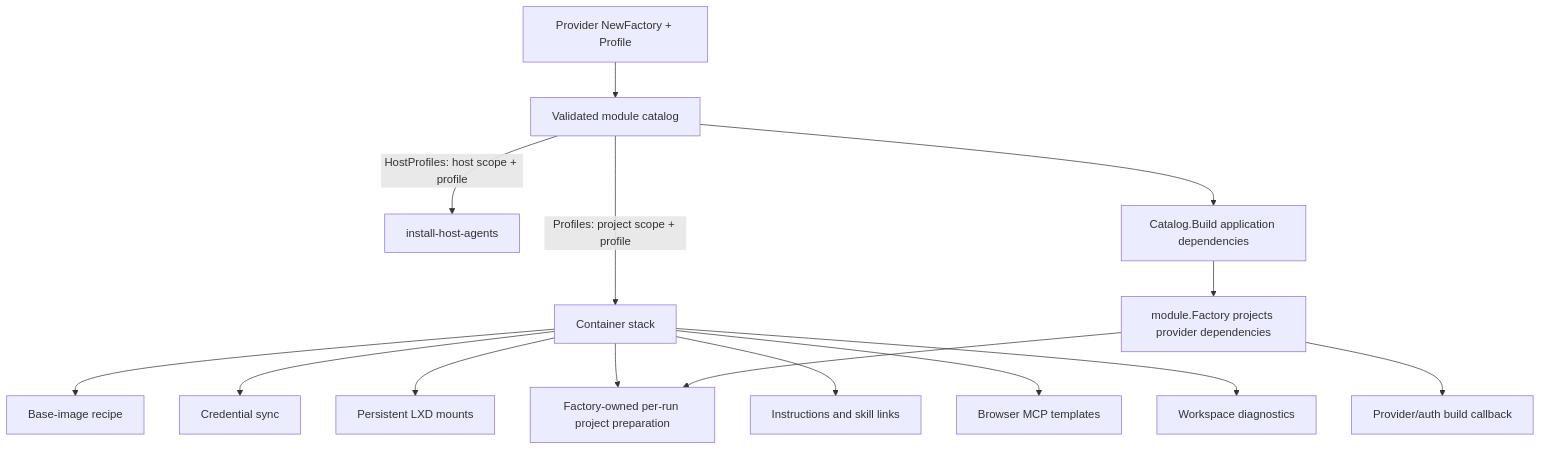
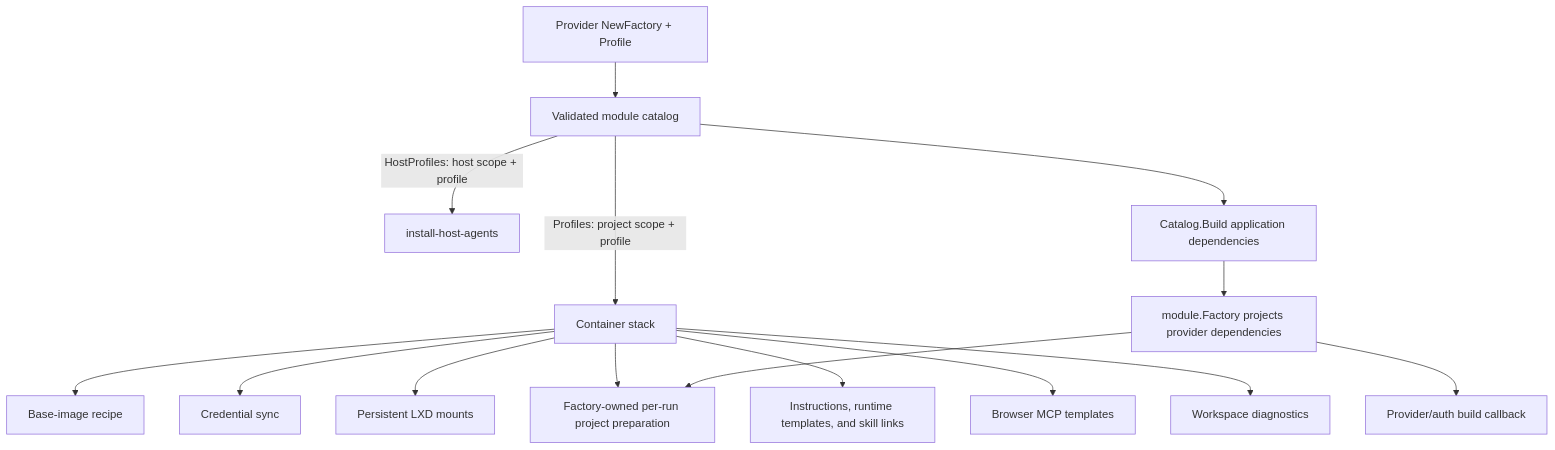
Before and after one commit to AbdallahMohamedDotnet/remote.futrx: the diagram in docs/dev/agents/05-provisioning-and-updates.md, drawn with Mermaid. The commit also changed other lines of this file and 45 other files, not shown here.

````diff
--- a/docs/dev/agents/05-provisioning-and-updates.md
+++ b/docs/dev/agents/05-provisioning-and-updates.md
@@ -56,17 +58,17 @@
 ```mermaid
 flowchart TD
     Factory["Provider NewFactory + Profile"] --> Modules["Validated module catalog"]
     Modules -->|HostProfiles: host scope + profile| Host["install-host-agents"]
     Modules -->|Profiles: project scope + profile| Stack["Container stack"]
     Modules --> Build["Catalog.Build application dependencies"]
     Build --> ModuleFactory["module.Factory projects provider dependencies"]
     ModuleFactory --> Prepare["Factory-owned per-run project preparation"]
     ModuleFactory --> Callback["Provider/auth build callback"]
     Stack --> Image["Base-image recipe"]
     Stack --> Prepare
     Stack --> Credentials["Credential sync"]
     Stack --> Lifecycle["Persistent LXD mounts"]
-    Stack --> Workspace["Instructions and skill links"]
+    Stack --> Workspace["Instructions, runtime templates, and skill links"]
     Stack --> Browser["Browser MCP templates"]
     Stack --> Inspection["Workspace diagnostics"]
 ```
````
